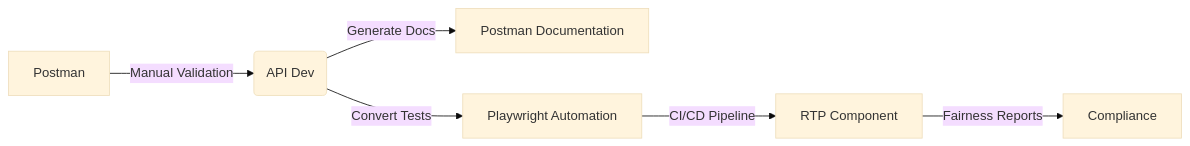
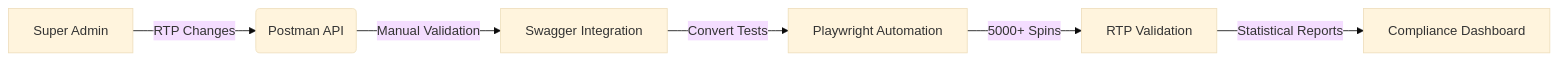
One commit to Samolivyu/Ibibe-rtp-mgmt changed the first of 2 diagrams in README.md. Above: the diagram before and after it, drawn with Mermaid (base theme). The commit also changed other lines of this file and 87 other files, not shown here.

Commit message:
Updated, integrated, tested and implemented swagger, postman and Playwright to the rtp api. Pending test init on PLaywright.

````diff
--- a/README.md
+++ b/README.md
@@ -26,8 +60,8 @@
 ```mermaid
 graph LR
-A[Postman] -->|Manual Validation| B(API Dev)
-B -->|Generate Docs| C[Postman Documentation]
-B -->|Convert Tests| D[Playwright Automation]
-D -->|CI/CD Pipeline| E[RTP Component]
-E -->|Fairness Reports| F[Compliance]
+A[Super Admin] -->|RTP Changes| B(Postman API)
+B -->|Manual Validation| C[Swagger Integration]
+C -->|Convert Tests| D[Playwright Automation]
+D -->|5000+ Spins| E[RTP Validation]
+E -->|Statistical Reports| F[Compliance Dashboard]
 ```
````
